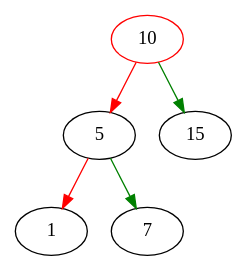
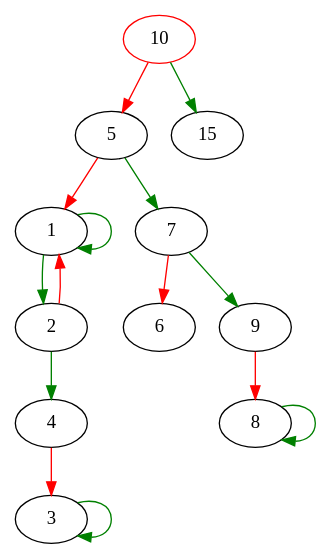
One commit to bsdshell/java changed the diagram in bintree_5684.gv. Above: the diagram before and after it, drawn with Graphviz. The commit also changed 92 other files, not shown here.

```diff
--- a/bintree_5684.gv
+++ b/bintree_5684.gv
@@ -1,7 +1,17 @@
 digraph G{
 10[color=red];
 10->5[color=red];
 5->1[color=red];
+1->2[color=green];
+2->1[color=red];
+1->1[color=green];
+2->4[color=green];
+4->3[color=red];
+3->3[color=green];
 5->7[color=green];
+7->6[color=red];
+7->9[color=green];
+9->8[color=red];
+8->8[color=green];
 10->15[color=green];
 }
```
